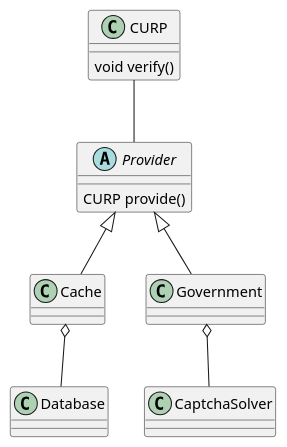
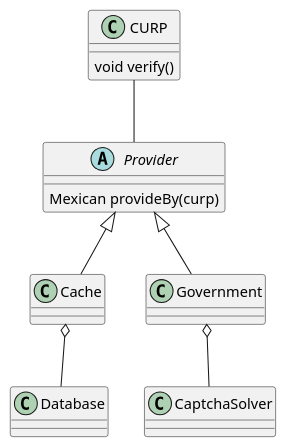
One commit to sanchezcarlosjr/curp changed the diagram in docs/domain.md. Above: the diagram before and after it, drawn with PlantUML. The commit also changed 5 other files, not shown here.

````diff
--- a/docs/domain.md
+++ b/docs/domain.md
@@ -2,15 +2,15 @@
 ```puml
 @startuml
 class CURP {
   void verify()
 }
 abstract        Provider {
-  CURP provide()
+  Mexican provideBy(curp)
 } 
 Provider  <|-- Cache
 Provider <|-- Government
 CURP -- Provider
 Government o-- CaptchaSolver
 Cache  o-- Database
 @enduml
 ```
````
